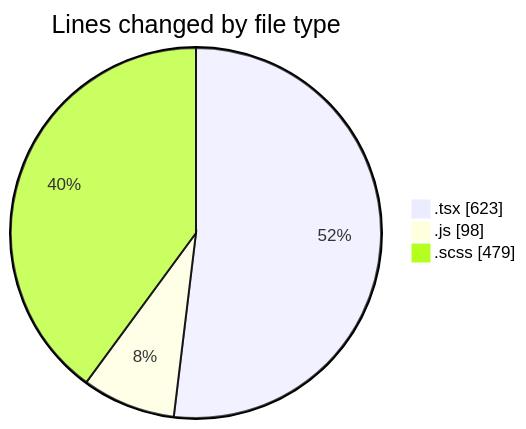
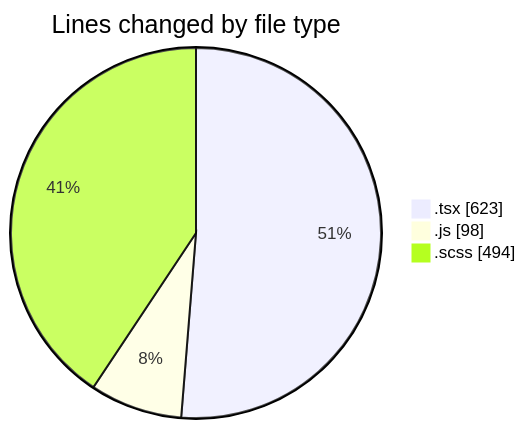
The first of 2 diagrams in 2025-03-31/cda/README.md (momahboobian/code-tracking), drawn with Mermaid before and after one commit. The commit also changed other lines of this file and 1 other file, not shown here.

````diff
--- a/2025-03-31/cda/README.md
+++ b/2025-03-31/cda/README.md
@@ -27,7 +27,7 @@
 ```mermaid
 pie showData
 title Lines changed by file type
 ".tsx" : 623
 ".js" : 98
-".scss" : 479
+".scss" : 494
 ```
````
